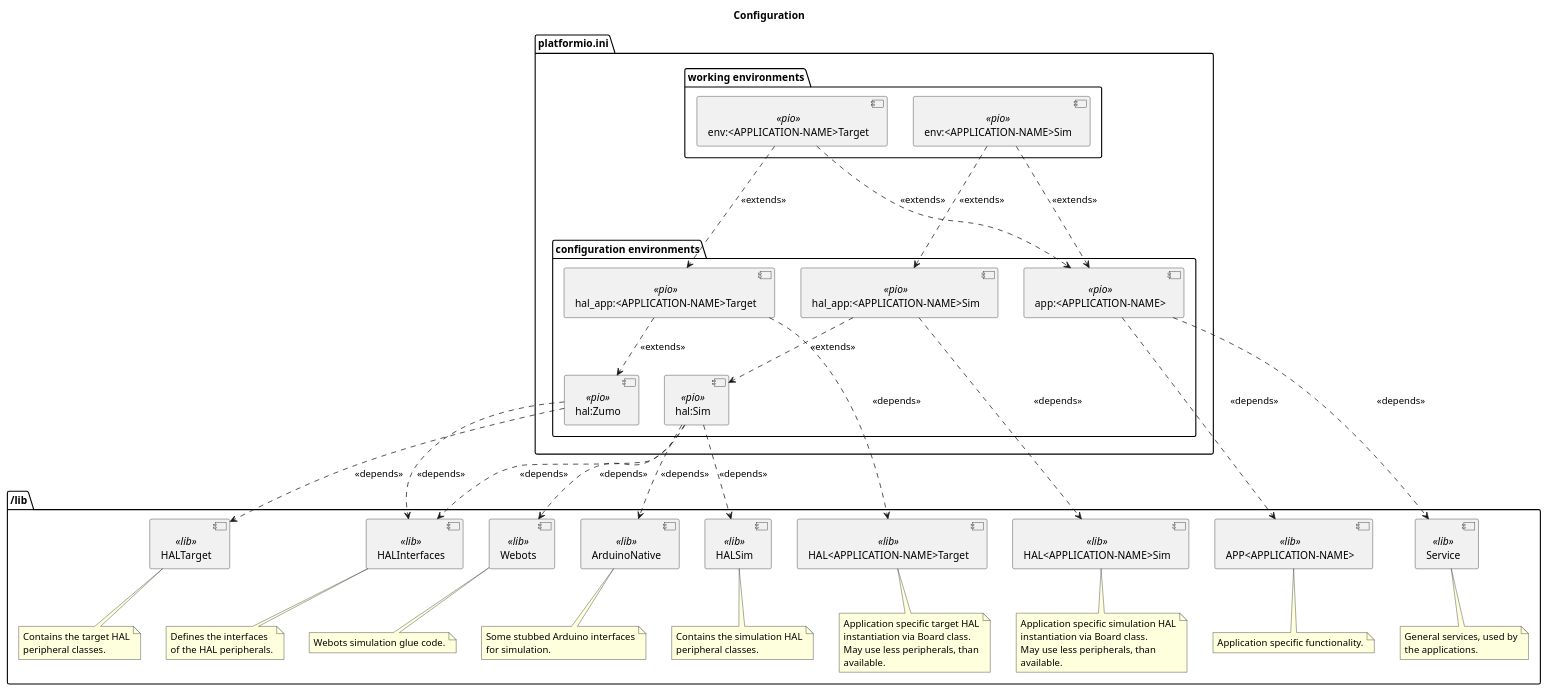
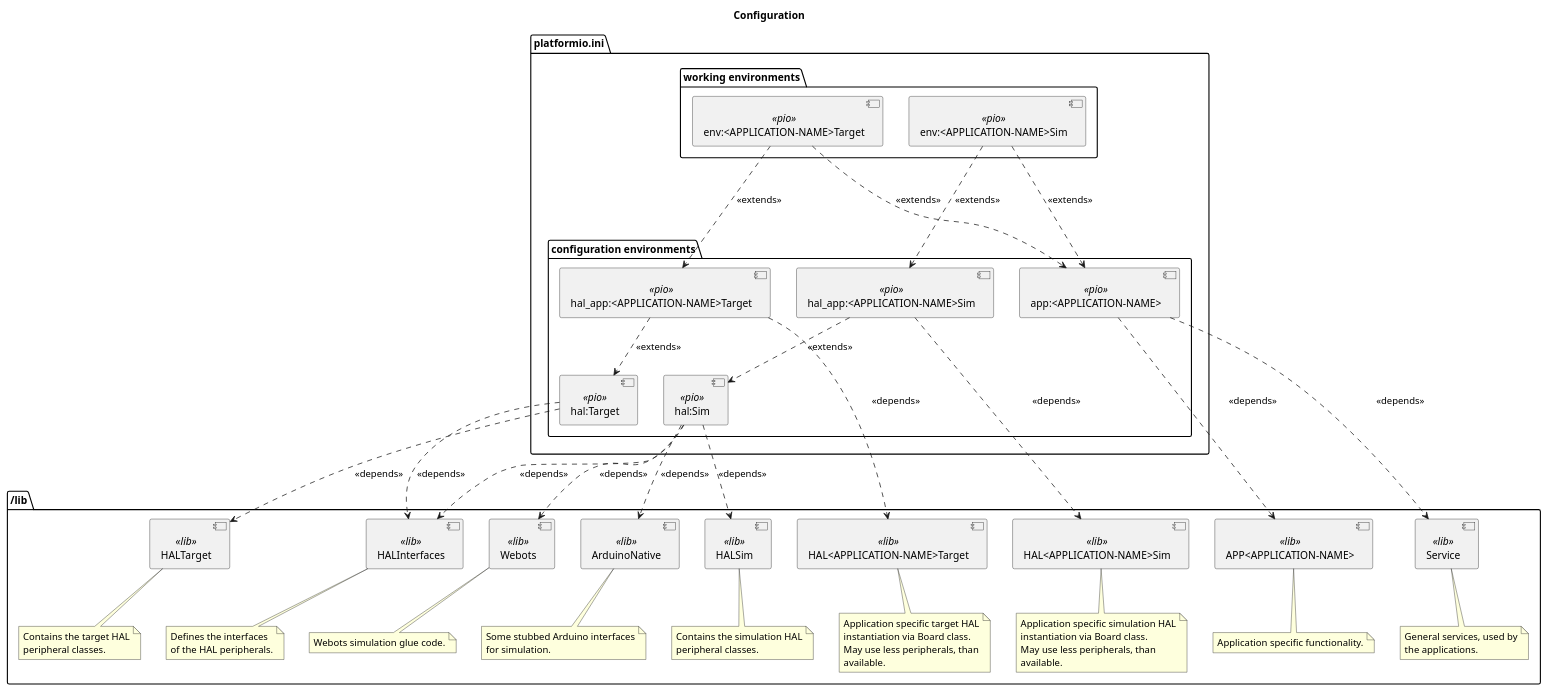
One commit to BlueAndi/RadonUlzer changed the diagram in doc/configuration/uml/configuration.plantuml. Above: the diagram before and after it, drawn with PlantUML. The commit also changed 1 other file, not shown here.

Commit message:
The naming of the HAL in the platformio.ini is now consistent.

```diff
--- a/doc/configuration/uml/configuration.plantuml
+++ b/doc/configuration/uml/configuration.plantuml
@@ -1,112 +1,112 @@
 @startuml
 
 title Configuration
 
 package "platformio.ini" {
 
     package "working environments" {
         component "env:<APPLICATION-NAME>Target" <<pio>> as pioEnvAppTarget
         component "env:<APPLICATION-NAME>Sim" <<pio>> as pioEnvAppSim
     }
 
     package "configuration environments" as cfgEnv {
 
         component "hal_app:<APPLICATION-NAME>Target" <<pio>> as pioHalAppTarget
         component "app:<APPLICATION-NAME>" <<pio>> as pioAppApp
         component "hal_app:<APPLICATION-NAME>Sim" <<pio>> as pioHalAppSim
 
-        component "hal:Zumo" <<pio>> as pioHalTarget
+        component "hal:Target" <<pio>> as pioHalTarget
         component "hal:Sim" <<pio>> as pioHalSim
     }
 }
 
 package "/lib" as libFolder {
 
     component "HALInterfaces" <<lib>> as halInterfacesLib
 
     component "APP<APPLICATION-NAME>" <<lib>> as appLib
     component "Service" <<lib>> as serviceLib
 
     component "HAL<APPLICATION-NAME>Target" <<lib>> as halAppTarget
     component "HAL<APPLICATION-NAME>Sim" <<lib>> as halAppSim
 
     component "HALTarget" <<lib>> as halTargetLib
     component "HALSim" <<lib>> as halSimLib
 
     component "Webots" <<lib>> as webotsLib
     component "ArduinoNative" <<lib>> as arduinoNativeLib
 
     note bottom of halAppTarget
         Application specific target HAL
         instantiation via Board class.
         May use less peripherals, than
         available.
     end note
 
     note bottom of halAppSim
         Application specific simulation HAL
         instantiation via Board class.
         May use less peripherals, than
         available.
     end note
 
     note bottom of halTargetLib
         Contains the target HAL
         peripheral classes.
     end note
 
     note bottom of halSimLib
         Contains the simulation HAL
         peripheral classes.
     end note
 
     note bottom of halInterfacesLib
         Defines the interfaces
         of the HAL peripherals.
     end note
 
     note bottom of appLib
         Application specific functionality.
     end note
 
     note bottom of serviceLib
         General services, used by
         the applications.
     end note
 
     note bottom of webotsLib
         Webots simulation glue code.
     end note
 
     note bottom of arduinoNativeLib
         Some stubbed Arduino interfaces
         for simulation.
     end note
 }
 
 pioEnvAppTarget ...> pioAppApp: <<extends>>
 pioEnvAppTarget ...> pioHalAppTarget: <<extends>>
 
 pioHalAppTarget ..> pioHalTarget: <<extends>>
 pioHalAppTarget ...> halAppTarget: <<depends>>
 
 pioHalTarget ..> halTargetLib: <<depends>>
 pioHalTarget ..> halInterfacesLib: <<depends>>
 
 
 pioEnvAppSim ..> pioAppApp: <<extends>>
 pioEnvAppSim ..> pioHalAppSim: <<extends>>
 
 pioHalAppSim ..> pioHalSim: <<extends>>
 pioHalAppSim ...> halAppSim: <<depends>>
 
 pioHalSim ..> halSimLib: <<depends>>
 pioHalSim ..> webotsLib: <<depends>>
 pioHalSim ..> halInterfacesLib: <<depends>>
 pioHalSim ..> arduinoNativeLib: <<depends>>
 
 
 pioAppApp ...> appLib: <<depends>>
 pioAppApp ...> serviceLib: <<depends>>
 
 @enduml
```
